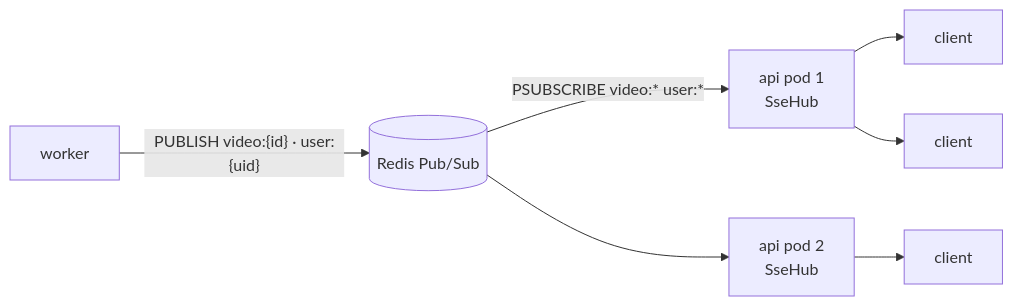
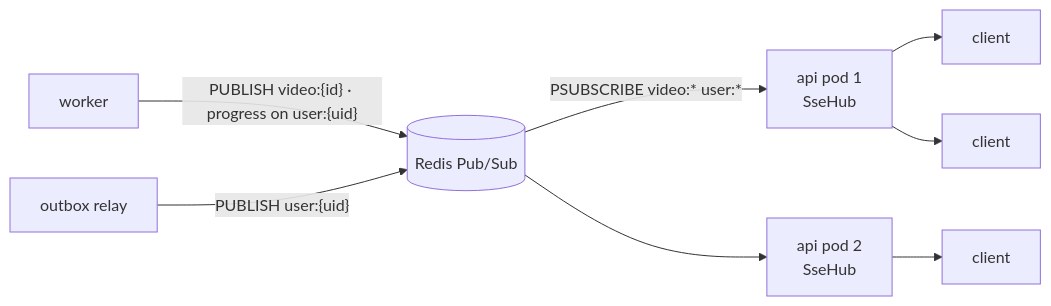
One commit to szebest/taitube-platform changed the eighth of 9 diagrams in docs/SDD.md. Above: the diagram before and after it, drawn with Mermaid. The commit also changed other lines of this file and 5 other files, not shown here.

Commit message:
98: ADR-27 and the user stream in the SDD, a spec for the user_events schema

````diff
--- a/docs/SDD.md
+++ b/docs/SDD.md
@@ -1804,9 +1850,10 @@
 ```mermaid
 flowchart LR
-    W[worker] -- "PUBLISH video:{id} · user:{uid}" --> R[(Redis Pub/Sub)]
+    W[worker] -- "PUBLISH video:{id} · progress on user:{uid}" --> R[(Redis Pub/Sub)]
+    O[outbox relay] -- "PUBLISH user:{uid}" --> R
     R -- "PSUBSCRIBE video:* user:*" --> A1[api pod 1<br/>SseHub]
     R --> A2[api pod 2<br/>SseHub]
     A1 --> C1[client]
     A1 --> C2[client]
     A2 --> C3[client]
 ```
````
